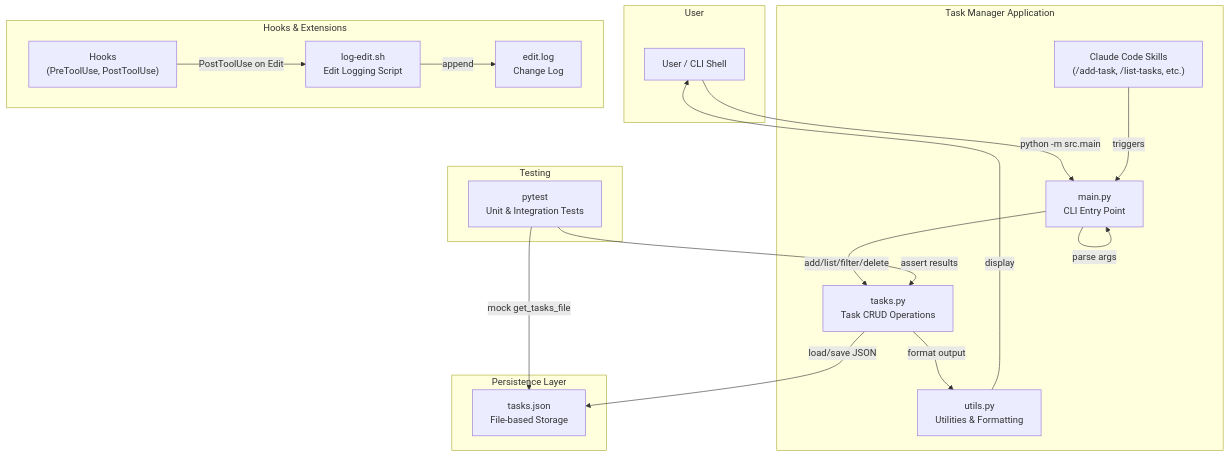
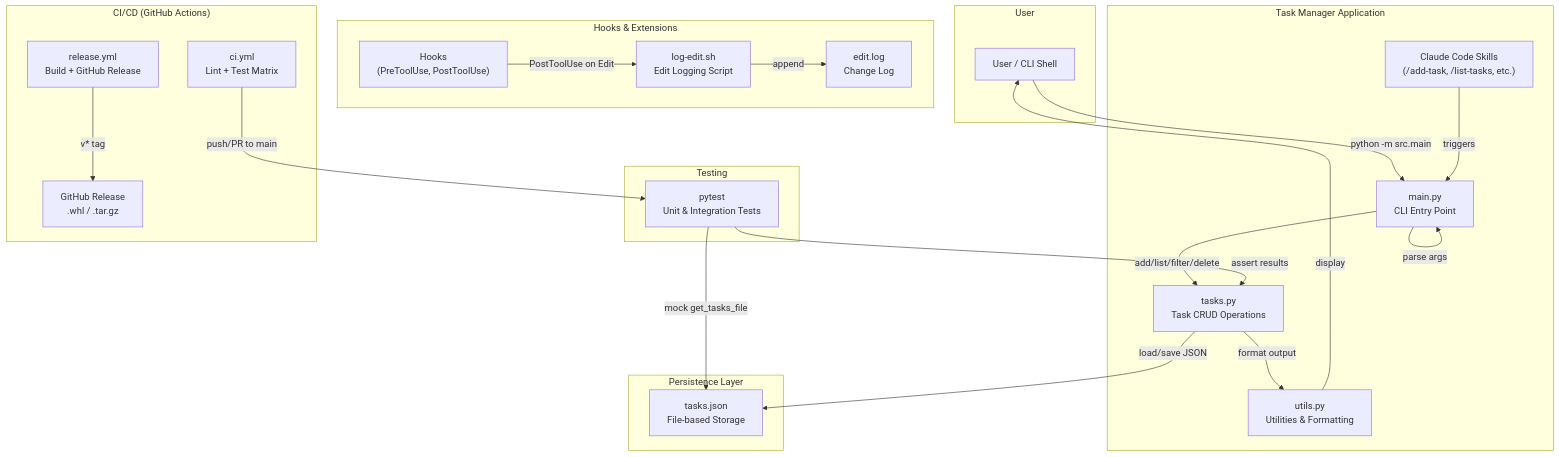
The first of 5 diagrams in docs/ARCHITECTURE.md (mallyadeepak/claude-code-learning-project), drawn with Mermaid before and after one commit. The commit also changed other lines of this file, not shown here.

First line of the commit message:
Add CI/CD architecture to ARCHITECTURE.md

````diff
--- a/docs/ARCHITECTURE.md
+++ b/docs/ARCHITECTURE.md
@@ -15,39 +15,47 @@
 ```mermaid
 graph TB
     subgraph User
         CLI["User / CLI Shell"]
     end
 
     subgraph "Task Manager Application"
         Main["main.py<br>CLI Entry Point"]
         Tasks["tasks.py<br>Task CRUD Operations"]
         Utils["utils.py<br>Utilities & Formatting"]
         Skills["Claude Code Skills<br>(/add-task, /list-tasks, etc.)"]
     end
 
     subgraph "Persistence Layer"
         JSON["tasks.json<br>File-based Storage"]
     end
 
     subgraph "Hooks & Extensions"
         Hooks["Hooks<br>(PreToolUse, PostToolUse)"]
         LogEdit["log-edit.sh<br>Edit Logging Script"]
         EditLog["edit.log<br>Change Log"]
     end
 
     subgraph "Testing"
         Tests["pytest<br>Unit & Integration Tests"]
     end
 
+    subgraph "CI/CD (GitHub Actions)"
+        CI["ci.yml<br>Lint + Test Matrix"]
+        Release["release.yml<br>Build + GitHub Release"]
+        GHRelease["GitHub Release<br>.whl / .tar.gz"]
+    end
+
     CLI -->|python -m src.main| Main
     Skills -->|triggers| Main
     Main -->|parse args| Main
     Main -->|add/list/filter/delete| Tasks
     Tasks -->|load/save JSON| JSON
     Tasks -->|format output| Utils
     Utils -->|display| CLI
     Hooks -->|PostToolUse on Edit| LogEdit
     LogEdit -->|append| EditLog
     Tests -->|mock get_tasks_file| JSON
     Tests -->|assert results| Tasks
+    CI -->|push/PR to main| Tests
+    Release -->|v* tag| GHRelease
 ```
````
